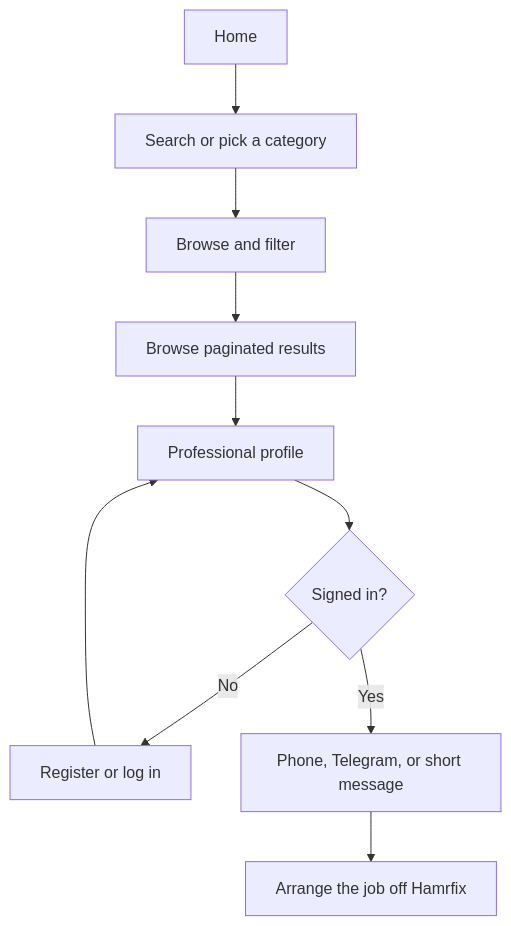
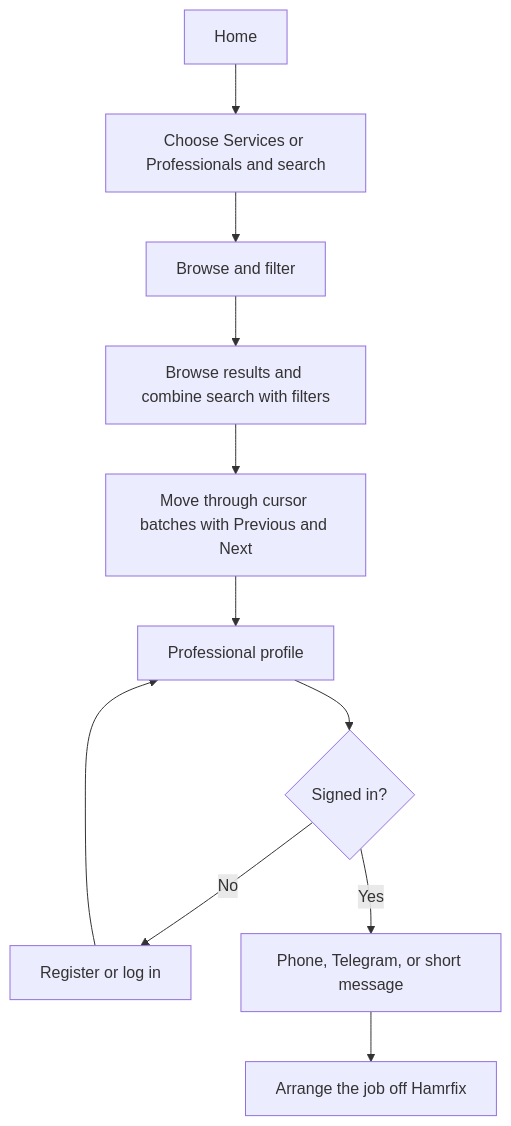
Before and after one commit to JoeAsn/HamrFix: the first of 2 diagrams in documnetations/user-flows.md, drawn with Mermaid. The commit also changed 10 other files, not shown here.

Commit message:
feat:add the service / professional based search feature , make the search bar of browse page out of filter.

````diff
--- a/documnetations/user-flows.md
+++ b/documnetations/user-flows.md
@@ -5,12 +5,13 @@
 ```mermaid
 flowchart TD
-  A[Home] --> B[Search or pick a category]
+  A[Home] --> B[Choose Services or Professionals and search]
   B --> C[Browse and filter]
-  C --> D[Browse paginated results]
-  D --> E[Professional profile]
-  E --> F{Signed in?}
-  F -->|No| G[Register or log in]
-  G --> E
-  F -->|Yes| H[Phone, Telegram, or short message]
-  H --> I[Arrange the job off Hamrfix]
+  C --> D[Browse results and combine search with filters]
+  D --> E[Move through cursor batches with Previous and Next]
+  E --> F[Professional profile]
+  F --> G{Signed in?}
+  G -->|No| H[Register or log in]
+  H --> F
+  G -->|Yes| I[Phone, Telegram, or short message]
+  I --> J[Arrange the job off Hamrfix]
 ```
````
